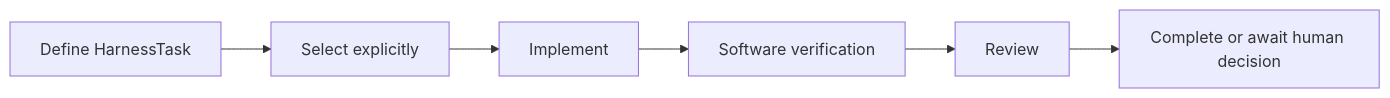
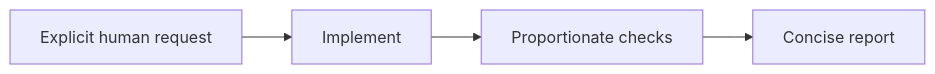
Before and after one commit to eragasa/ksdft2effmass: the diagram in docs/architecture/v1/ksdft2effmass/harness/pi/development-harness.md, drawn with Mermaid. The commit also changed other lines of this file and 226 other files, not shown here.

````diff
--- a/docs/architecture/v1/ksdft2effmass/harness/pi/development-harness.md
+++ b/docs/architecture/v1/ksdft2effmass/harness/pi/development-harness.md
@@ -31,8 +31,6 @@
 ```mermaid
 flowchart LR
-    define["Define HarnessTask"] --> select["Select explicitly"]
-    select --> implement["Implement"]
-    implement --> verify["Software verification"]
-    verify --> review["Review"]
-    review --> complete["Complete or await human decision"]
+    request["Explicit human request"] --> implement["Implement"]
+    implement --> check["Proportionate checks"]
+    check --> report["Concise report"]
 ```
````
